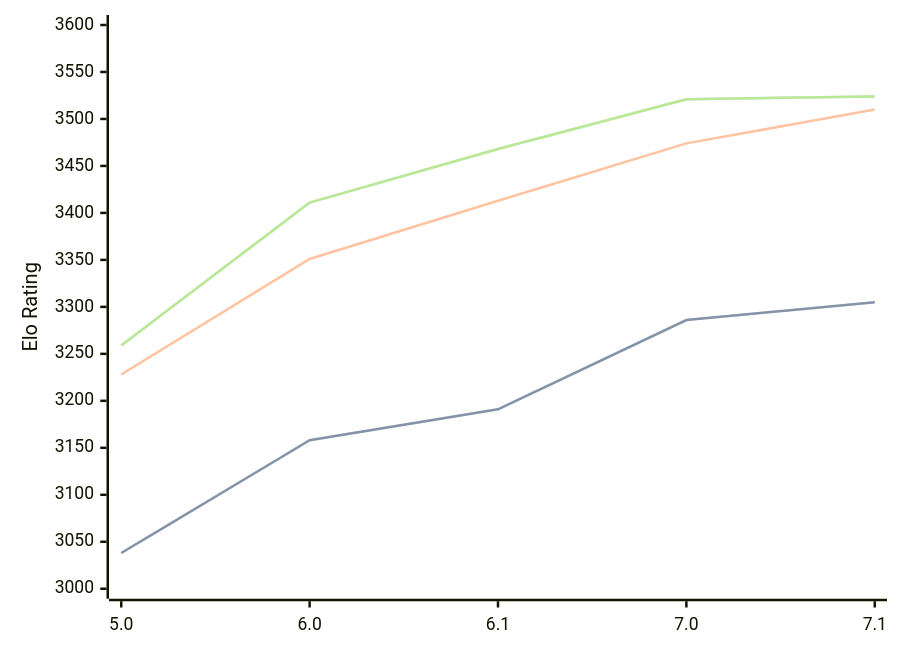
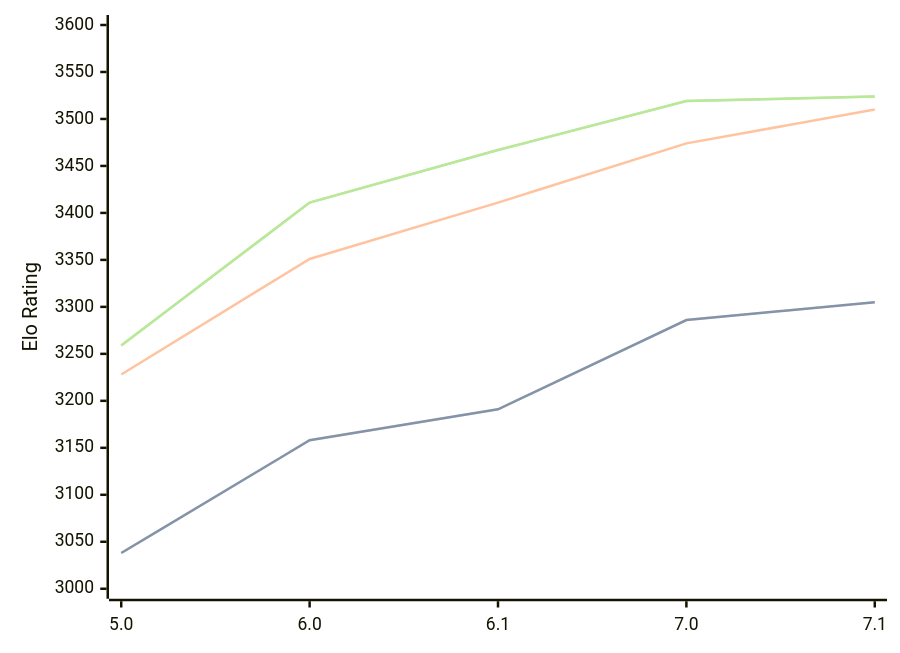
Before and after one commit to computer-chess-index/cci: the diagram in engines/PZChessBot.md, drawn with Mermaid. The commit also changed other lines of this file, not shown here.

Commit message:
Update CCI Ratings (ELO VLTC) - 2026-08-02

````diff
--- a/engines/PZChessBot.md
+++ b/engines/PZChessBot.md
@@ -44,11 +44,11 @@
 ```mermaid
 %%{init: {"theme":"base","themeVariables":{"seriesColors:['#a3a3a3','#222221','#faa371']}}}%%
 xychart-beta
   x-axis ["5.0", "6.0", "6.1", "7.0", "7.1"]
   y-axis "Elo Rating" 3000 --> 3600
   line "STC (8.0+0.08s)" [3038, 3158, 3191, 3286, 3305]
   line "STC (8.0+0.08s)" [3038, 3158, 3191, 3286, 3305]
-  line "LTC (60.0+0.60s)" [3228, 3351, 3413, 3474, 3510]
-  line "VLTC (2m24s+1.12s)" [3259, 3411, 3468, 3521, 3524]
-  line "VLTC (2m24s+1.12s)" [3259, 3411, 3468, 3521, 3524]
+  line "LTC (60.0+0.60s)" [3228, 3351, 3411, 3474, 3510]
+  line "VLTC (2m24s+1.12s)" [3259, 3411, 3467, 3519, 3524]
+  line "VLTC (2m24s+1.12s)" [3259, 3411, 3467, 3519, 3524]
 ```
````
